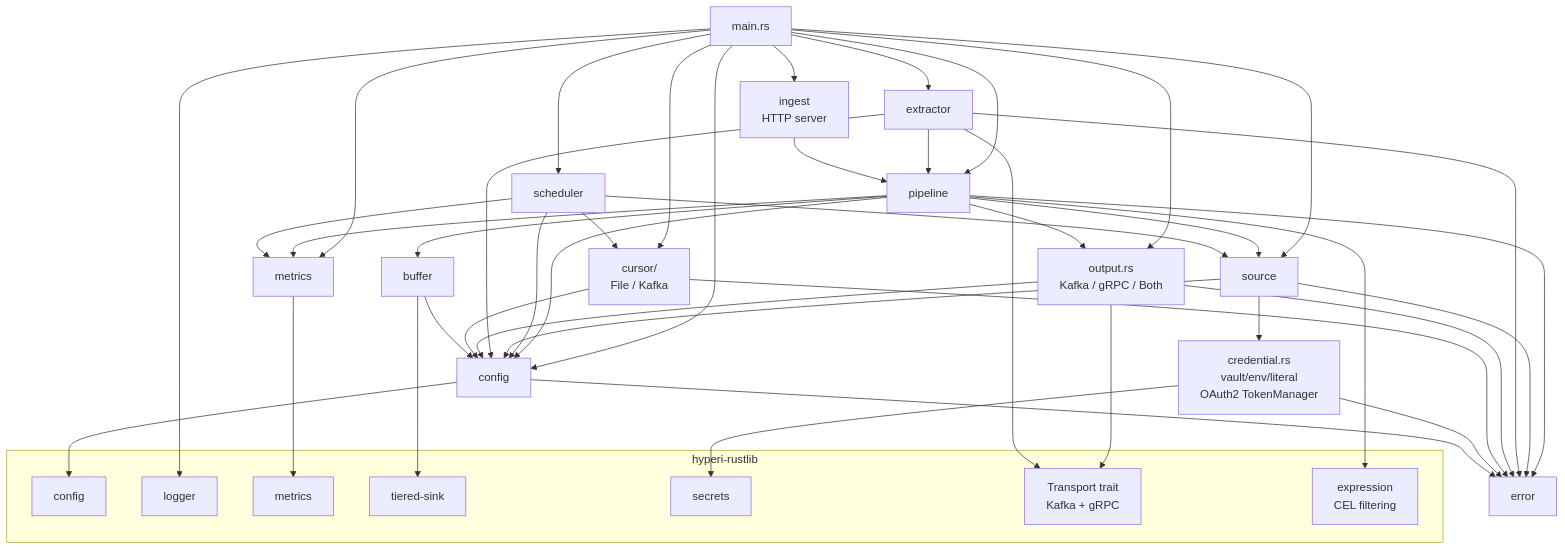
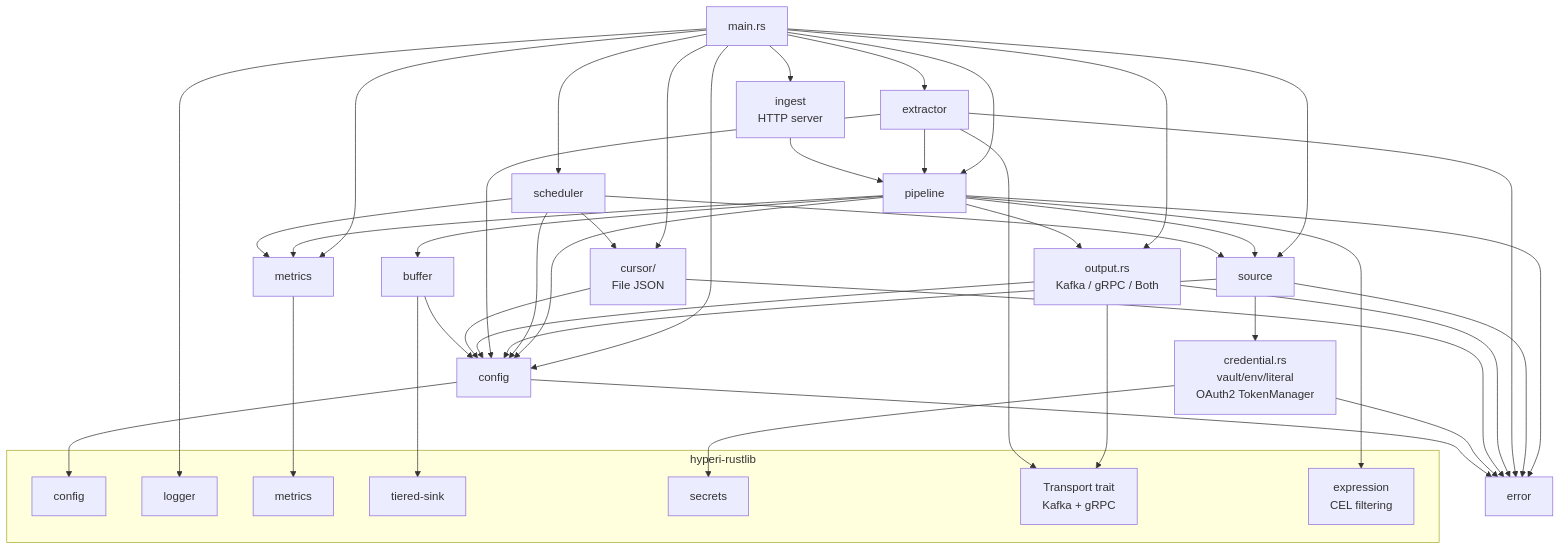
One commit to hyperi-io/dfe-fetcher changed the eighth of 8 diagrams in docs/DESIGN.md. Above: the diagram before and after it, drawn with Mermaid. The commit also changed other lines of this file and 12 other files, not shown here.

First line of the commit message:
fix: simplify cursor store to single-file JSON, remove Kafka backend

````diff
--- a/docs/DESIGN.md
+++ b/docs/DESIGN.md
@@ -225,65 +225,65 @@
 ```mermaid
 graph TD
     main[main.rs] --> config
     main --> metrics
     main --> pipeline
     main --> scheduler
     main --> source
     main --> extractor
     main --> ingest
     main --> output
     main --> cursor
 
     pipeline --> config
     pipeline --> metrics
     pipeline --> output
     pipeline --> buffer
     pipeline --> source
     pipeline --> error
 
     scheduler --> config
     scheduler --> metrics
     scheduler --> source
     scheduler --> cursor
 
     source --> config
     source --> credential
     source --> error
 
     extractor --> config
     extractor --> error
     extractor --> pipeline
 
     ingest[ingest<br>HTTP server] --> pipeline
 
     output[output.rs<br>Kafka / gRPC / Both] --> config
     output --> error
 
-    cursor[cursor/<br>File / Kafka] --> config
+    cursor[cursor/<br>File JSON] --> config
     cursor --> error
 
     credential[credential.rs<br>vault/env/literal<br>OAuth2 TokenManager] --> error
 
     buffer --> config
 
     config --> error
 
     subgraph "hyperi-rustlib"
         rustlib_config[config]
         rustlib_logger[logger]
         rustlib_metrics[metrics]
         rustlib_tiered[tiered-sink]
         rustlib_secrets[secrets]
         rustlib_transport[Transport trait<br>Kafka + gRPC]
         rustlib_expression[expression<br>CEL filtering]
     end
 
     config --> rustlib_config
     main --> rustlib_logger
     metrics --> rustlib_metrics
     buffer --> rustlib_tiered
     credential --> rustlib_secrets
     output --> rustlib_transport
     extractor --> rustlib_transport
     pipeline --> rustlib_expression
 ```
````
